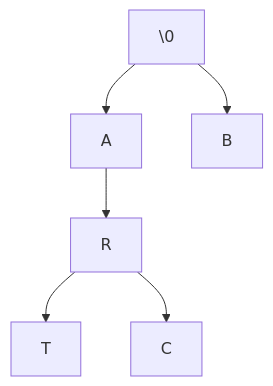
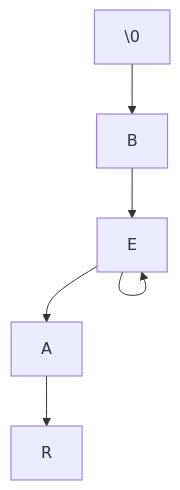
Before and after one commit to mmcnally1/arduino-projects: the diagram in morse-code/README.md, drawn with Mermaid.

````diff
--- a/morse-code/README.md
+++ b/morse-code/README.md
@@ -9,8 +9,8 @@
 ```mermaid
 graph TD;
-\0 --> A
 \0 --> B
+B --> E
+E --> A
 A --> R
-R --> T
-R --> C
+E --> E
 ```
````
